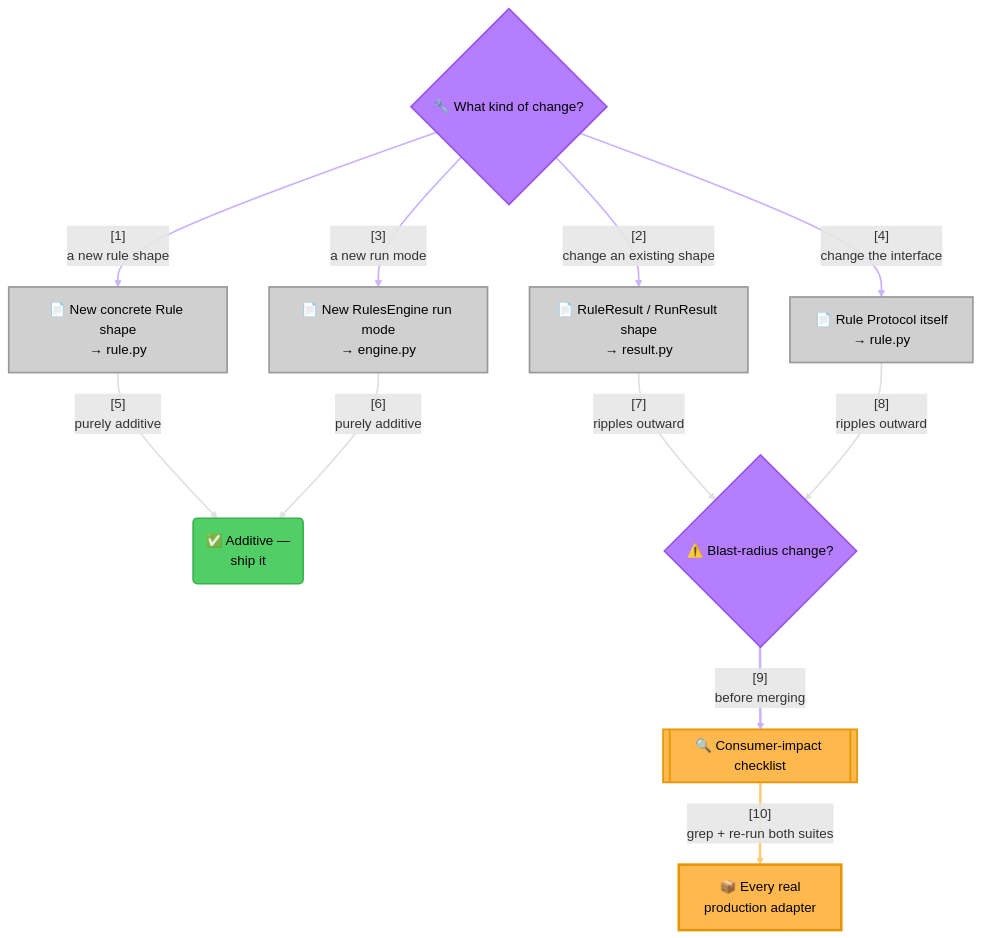
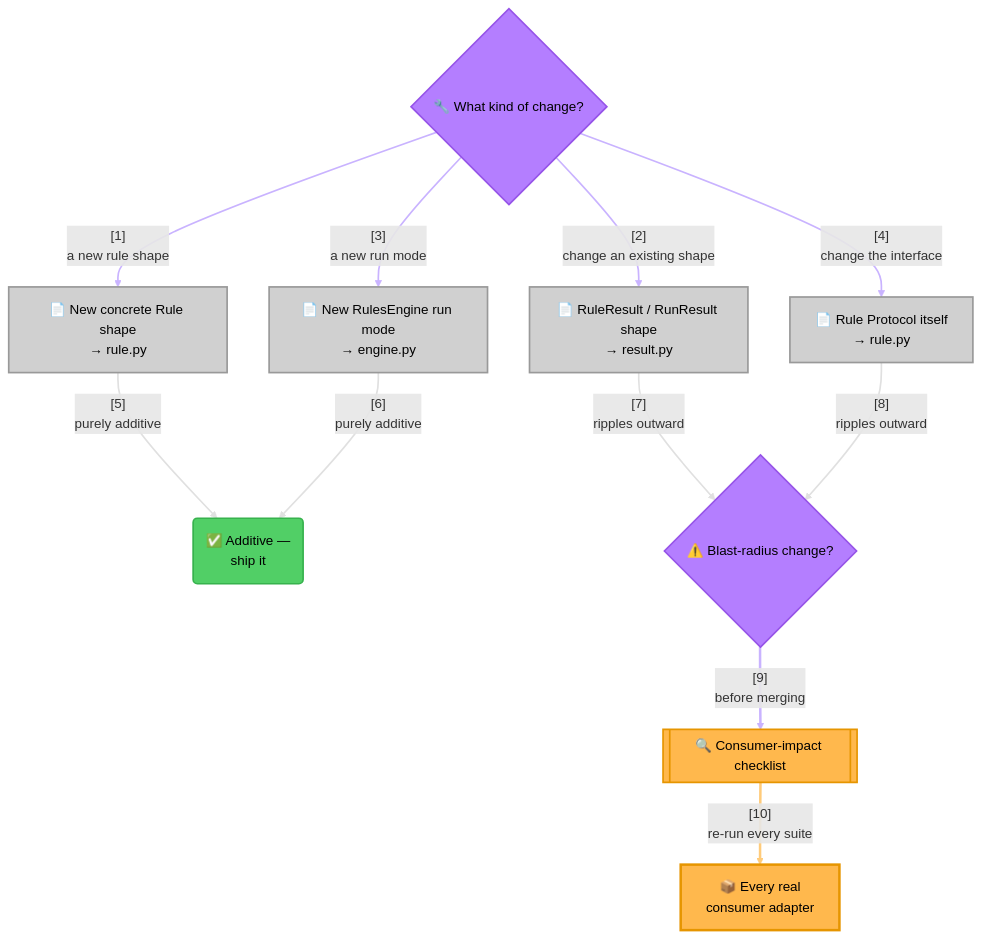
The diagram in docs/maintenance/README.md (pawan-vyas/verdict-rules), drawn with Mermaid before and after one commit. The commit also changed other lines of this file and 1 other file, not shown here.

````diff
--- a/docs/maintenance/README.md
+++ b/docs/maintenance/README.md
@@ -27,65 +37,65 @@
 ```mermaid
 graph TB
     Change{"🔧 What kind of change?"}
     RuleShape["📄 New concrete Rule shape<br/>→ rule.py"]
     ResultShape["📄 RuleResult / RunResult shape<br/>→ result.py"]
     RunMode["📄 New RulesEngine run mode<br/>→ engine.py"]
     ProtocolShape["📄 Rule Protocol itself<br/>→ rule.py"]
     Additive("✅ Additive —<br/>ship it")
     Blast{"⚠️ Blast-radius change?"}
     Checklist[["🔍 Consumer-impact checklist"]]
-    Consumers["📦 Every real<br/>production adapter"]
+    Consumers["📦 Every real<br/>consumer adapter"]
 
     %% Link 0: Change -> RuleShape
     Change -->|"[1]<br/>a new rule shape"| RuleShape
     %% Link 1: Change -> ResultShape
     Change -->|"[2]<br/>change an existing shape"| ResultShape
     %% Link 2: Change -> RunMode
     Change -->|"[3]<br/>a new run mode"| RunMode
     %% Link 3: Change -> ProtocolShape
     Change -->|"[4]<br/>change the interface"| ProtocolShape
     %% Link 4: RuleShape -> Additive
     RuleShape -->|"[5]<br/>purely additive"| Additive
     %% Link 5: RunMode -> Additive
     RunMode -->|"[6]<br/>purely additive"| Additive
     %% Link 6: ResultShape -> Blast
     ResultShape -->|"[7]<br/>ripples outward"| Blast
     %% Link 7: ProtocolShape -> Blast
     ProtocolShape -->|"[8]<br/>ripples outward"| Blast
     %% Link 8: Blast -> Checklist
     Blast -->|"[9]<br/>before merging"| Checklist
     %% Link 9: Checklist -> Consumers
-    Checklist -->|"[10]<br/>grep + re-run both suites"| Consumers
+    Checklist -->|"[10]<br/>re-run every suite"| Consumers
 
     style Change fill:#B47EFF,stroke:#9654E8,stroke-width:2px,color:#000
     style RuleShape fill:#D0D0D0,stroke:#999999,stroke-width:2px,color:#000
     style ResultShape fill:#D0D0D0,stroke:#999999,stroke-width:2px,color:#000
     style RunMode fill:#D0D0D0,stroke:#999999,stroke-width:2px,color:#000
     style ProtocolShape fill:#D0D0D0,stroke:#999999,stroke-width:2px,color:#000
     style Additive fill:#51CF66,stroke:#37B24D,stroke-width:2px,color:#000
     style Blast fill:#B47EFF,stroke:#9654E8,stroke-width:2px,color:#000
     style Checklist fill:#FFB84D,stroke:#E69500,stroke-width:2px,color:#000
     style Consumers fill:#FFB84D,stroke:#E69500,stroke-width:3px,color:#000
 
     %% Link Index:
     %% 0: a new rule shape routes to rule.py
     %% 1: a shape change to RuleResult/RunResult routes to result.py
     %% 2: a new run mode routes to engine.py
     %% 3: a Protocol change routes to rule.py
     %% 4: a new rule shape is purely additive
     %% 5: a new run mode is purely additive
     %% 6: a result-shape change is a blast-radius change
     %% 7: a Protocol change is a blast-radius change
     %% 8: every blast-radius change goes through the checklist first
-    %% 9: the checklist means grepping and re-testing every consumer's adapter
+    %% 9: the checklist means finding and re-testing every consumer's adapter
     linkStyle 0 stroke:#C9B3FF,stroke-width:2px
     linkStyle 1 stroke:#C9B3FF,stroke-width:2px
     linkStyle 2 stroke:#C9B3FF,stroke-width:2px
     linkStyle 3 stroke:#C9B3FF,stroke-width:2px
     linkStyle 4 stroke:#E0E0E0,stroke-width:2px
     linkStyle 5 stroke:#E0E0E0,stroke-width:2px
     linkStyle 6 stroke:#E0E0E0,stroke-width:2px
     linkStyle 7 stroke:#E0E0E0,stroke-width:2px
     linkStyle 8 stroke:#C9B3FF,stroke-width:3px
     linkStyle 9 stroke:#FFCB7A,stroke-width:3px
 ```
````
